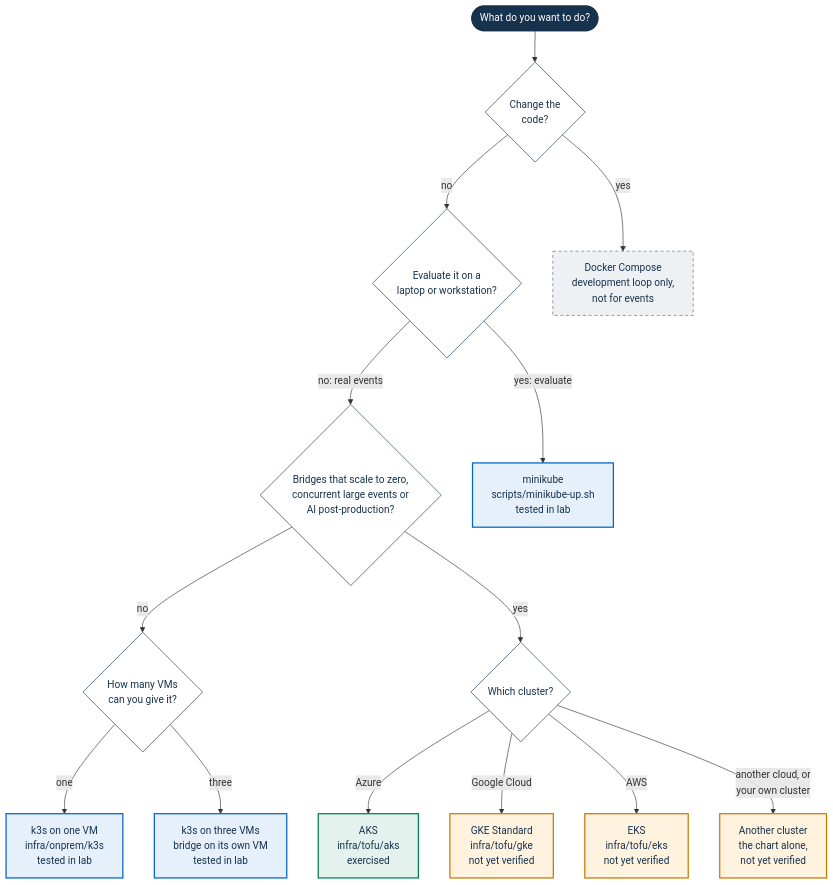
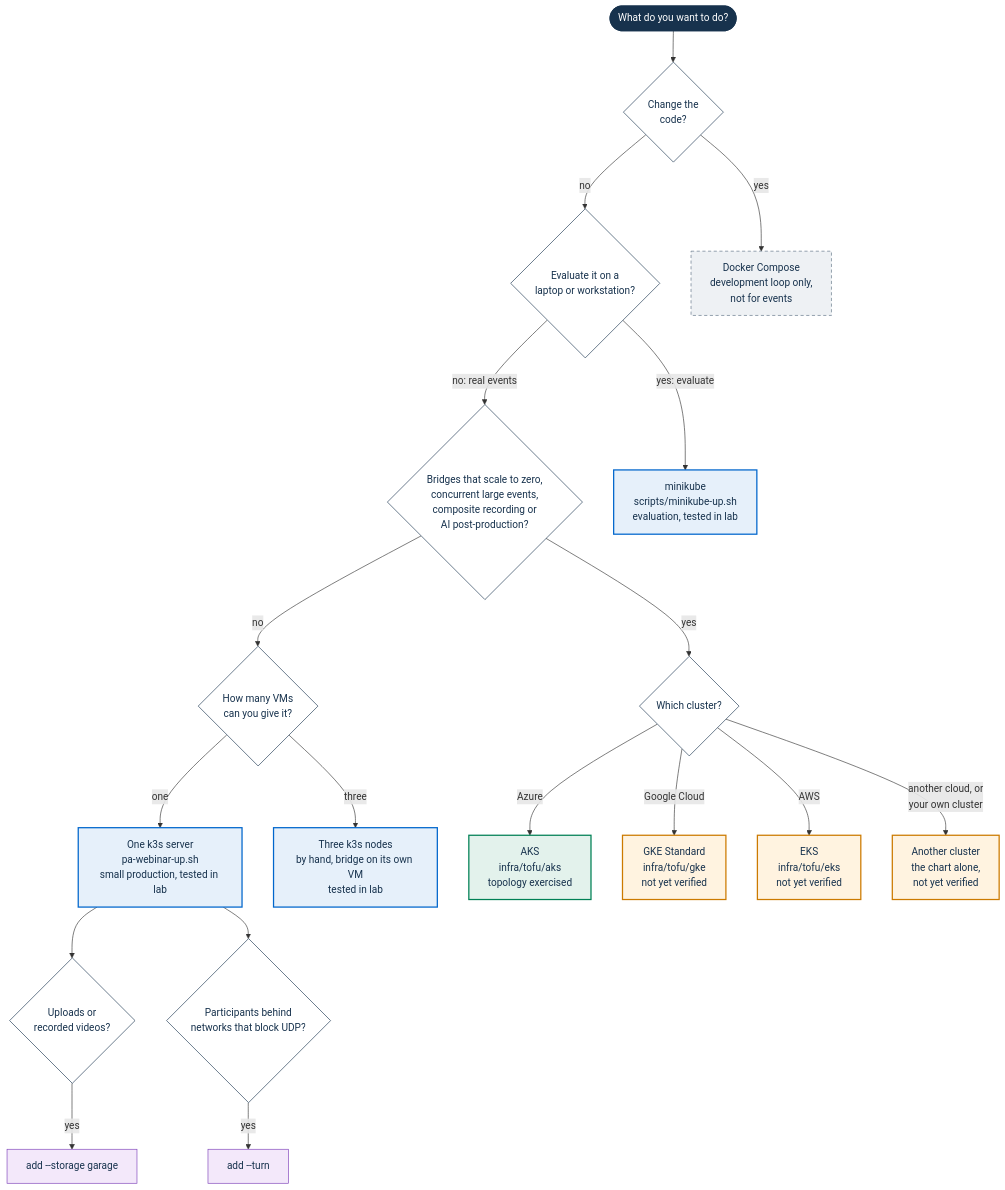
The diagram in docs/install/README.md (italia/pa-webinar), drawn with Mermaid before and after one commit. The commit also changed other lines of this file and 25 other files, not shown here.

````diff
--- a/docs/install/README.md
+++ b/docs/install/README.md
@@ -51,39 +111,48 @@
 ```mermaid
 flowchart TB
   classDef start fill:#17324D,stroke:#17324D,stroke-width:2px,color:#FFFFFF
   classDef question fill:#FFFFFF,stroke:#17324D,stroke-width:1px,color:#17324D
   classDef exercised fill:#E3F2EC,stroke:#008055,stroke-width:2px,color:#17324D
   classDef lab fill:#E6F0FA,stroke:#0066CC,stroke-width:2px,color:#17324D
   classDef unverified fill:#FFF3E0,stroke:#CC7A00,stroke-width:2px,color:#17324D
   classDef devonly fill:#EEF1F4,stroke:#5C6F82,stroke-width:1px,color:#17324D,stroke-dasharray:5 4
+  classDef addon fill:#F3E8FA,stroke:#7A3DB8,stroke-width:1px,color:#17324D
 
   S(["What do you want to do?"]):::start
   Q1{"Change the<br/>code?"}:::question
   Q2{"Evaluate it on a<br/>laptop or workstation?"}:::question
-  Q3{"Bridges that scale to zero,<br/>concurrent large events or<br/>AI post-production?"}:::question
+  Q3{"Bridges that scale to zero,<br/>concurrent large events,<br/>composite recording or<br/>AI post-production?"}:::question
   Q4{"How many VMs<br/>can you give it?"}:::question
   Q5{"Which cluster?"}:::question
+  Q6{"Uploads or<br/>recorded videos?"}:::question
+  Q7{"Participants behind<br/>networks that block UDP?"}:::question
 
   DEV["Docker Compose<br/>development loop only,<br/>not for events"]:::devonly
-  MK["minikube<br/>scripts/minikube-up.sh<br/>tested in lab"]:::lab
-  K1["k3s on one VM<br/>infra/onprem/k3s<br/>tested in lab"]:::lab
-  K3["k3s on three VMs<br/>bridge on its own VM<br/>tested in lab"]:::lab
-  AKS["AKS<br/>infra/tofu/aks<br/>exercised"]:::exercised
+  MK["minikube<br/>scripts/minikube-up.sh<br/>evaluation, tested in lab"]:::lab
+  K1["One k3s server<br/>pa-webinar-up.sh<br/>small production, tested in lab"]:::lab
+  K3["Three k3s nodes<br/>by hand, bridge on its own VM<br/>tested in lab"]:::lab
+  AKS["AKS<br/>infra/tofu/aks<br/>topology exercised"]:::exercised
   GKE["GKE Standard<br/>infra/tofu/gke<br/>not yet verified"]:::unverified
   EKS["EKS<br/>infra/tofu/eks<br/>not yet verified"]:::unverified
   ANY["Another cluster<br/>the chart alone,<br/>not yet verified"]:::unverified
+  ST["add --storage garage"]:::addon
+  TU["add --turn"]:::addon
 
   S --> Q1
   Q1 -->|"yes"| DEV
   Q1 -->|"no"| Q2
   Q2 -->|"yes: evaluate"| MK
   Q2 -->|"no: real events"| Q3
   Q3 -->|"no"| Q4
   Q3 -->|"yes"| Q5
   Q4 -->|"one"| K1
   Q4 -->|"three"| K3
+  K1 --> Q6
+  K1 --> Q7
+  Q6 -->|"yes"| ST
+  Q7 -->|"yes"| TU
   Q5 -->|"Azure"| AKS
   Q5 -->|"Google Cloud"| GKE
   Q5 -->|"AWS"| EKS
   Q5 -->|"another cloud, or<br/>your own cluster"| ANY
 ```
````
